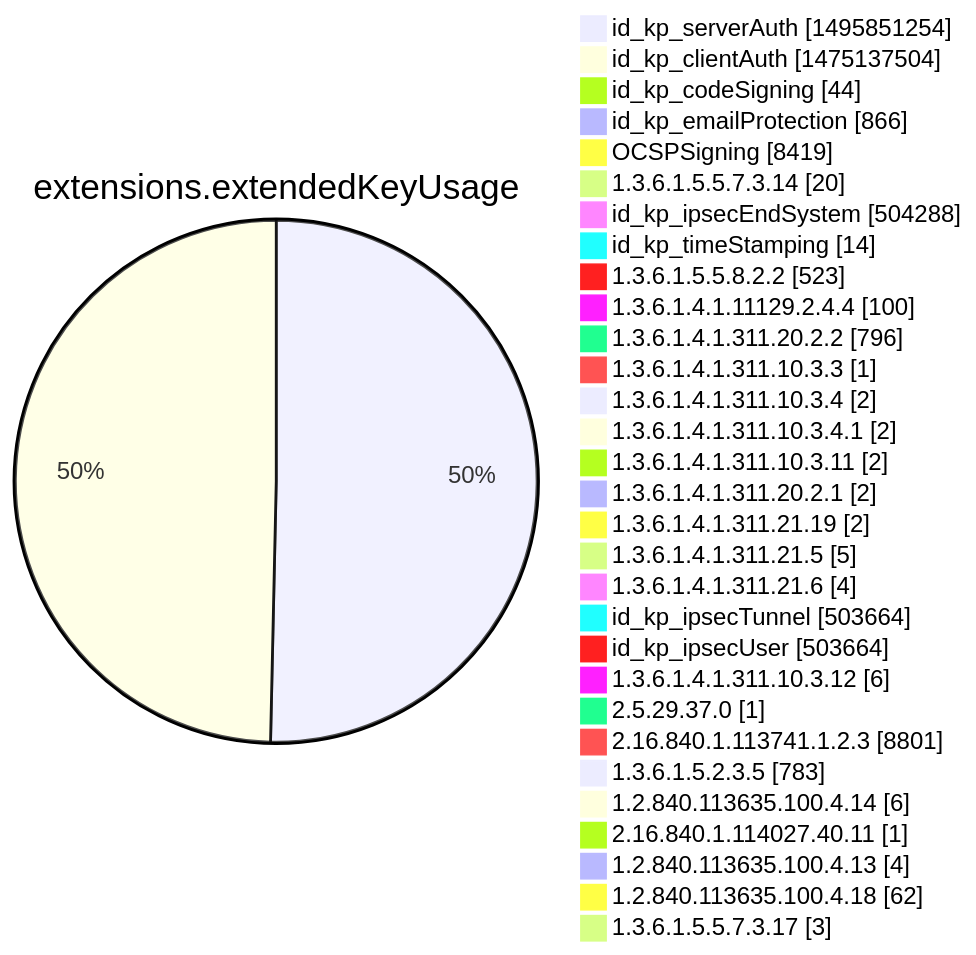
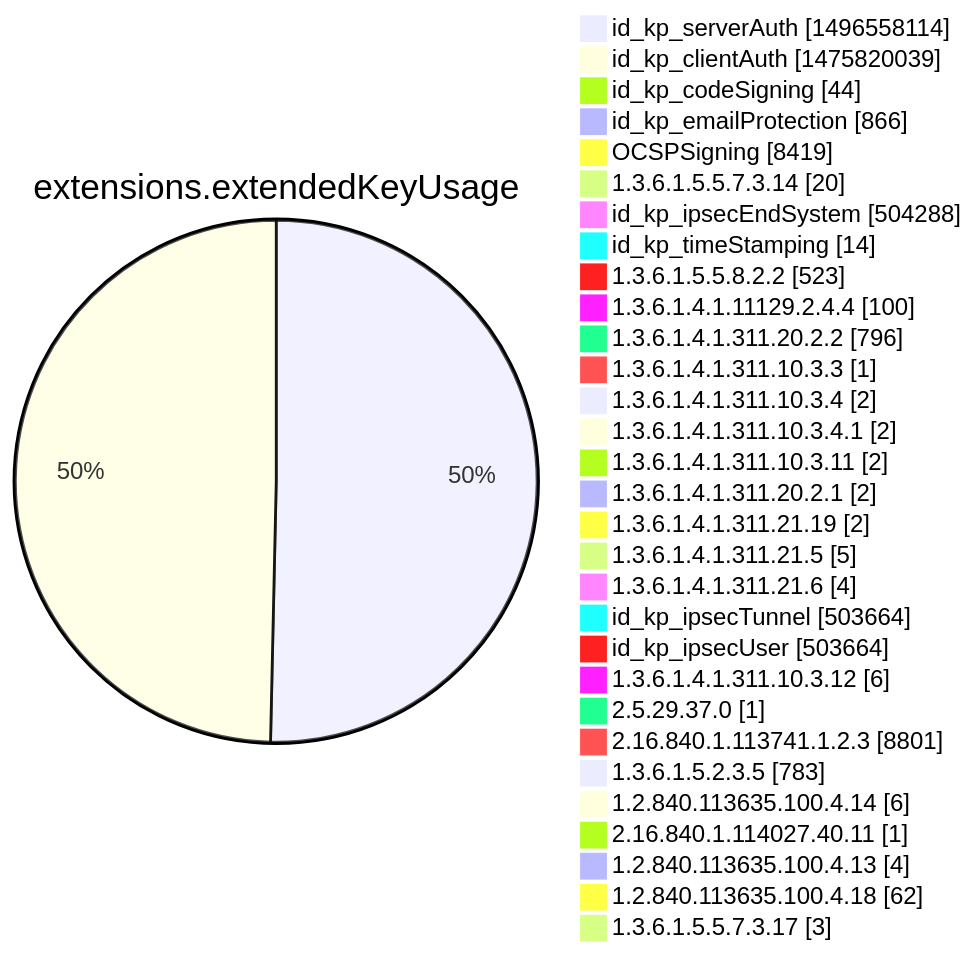
Before and after one commit to christiankrug/ctmonitor_visualization: diagram 12 of 15 in argon2022/README.md, drawn with Mermaid. The commit also changed other lines of this file, not shown here.

````diff
--- a/argon2022/README.md
+++ b/argon2022/README.md
@@ -3555,34 +3555,34 @@
 ```mermaid
 pie showData
 title extensions.extendedKeyUsage
-"id_kp_serverAuth" :1495851254
-"id_kp_clientAuth" :1475137504
+"id_kp_serverAuth" :1496558114
+"id_kp_clientAuth" :1475820039
 "id_kp_codeSigning" :44
 "id_kp_emailProtection" :866
 "OCSPSigning" :8419
 "1.3.6.1.5.5.7.3.14" :20
 "id_kp_ipsecEndSystem" :504288
 "id_kp_timeStamping" :14
 "1.3.6.1.5.5.8.2.2" :523
 "1.3.6.1.4.1.11129.2.4.4" :100
 "1.3.6.1.4.1.311.20.2.2" :796
 "1.3.6.1.4.1.311.10.3.3" :1
 "1.3.6.1.4.1.311.10.3.4" :2
 "1.3.6.1.4.1.311.10.3.4.1" :2
 "1.3.6.1.4.1.311.10.3.11" :2
 "1.3.6.1.4.1.311.20.2.1" :2
 "1.3.6.1.4.1.311.21.19" :2
 "1.3.6.1.4.1.311.21.5" :5
 "1.3.6.1.4.1.311.21.6" :4
 "id_kp_ipsecTunnel" :503664
 "id_kp_ipsecUser" :503664
 "1.3.6.1.4.1.311.10.3.12" :6
 "2.5.29.37.0" :1
 "2.16.840.1.113741.1.2.3" :8801
 "1.3.6.1.5.2.3.5" :783
 "1.2.840.113635.100.4.14" :6
 "2.16.840.1.114027.40.11" :1
 "1.2.840.113635.100.4.13" :4
 "1.2.840.113635.100.4.18" :62
 "1.3.6.1.5.5.7.3.17" :3
 ```
````
